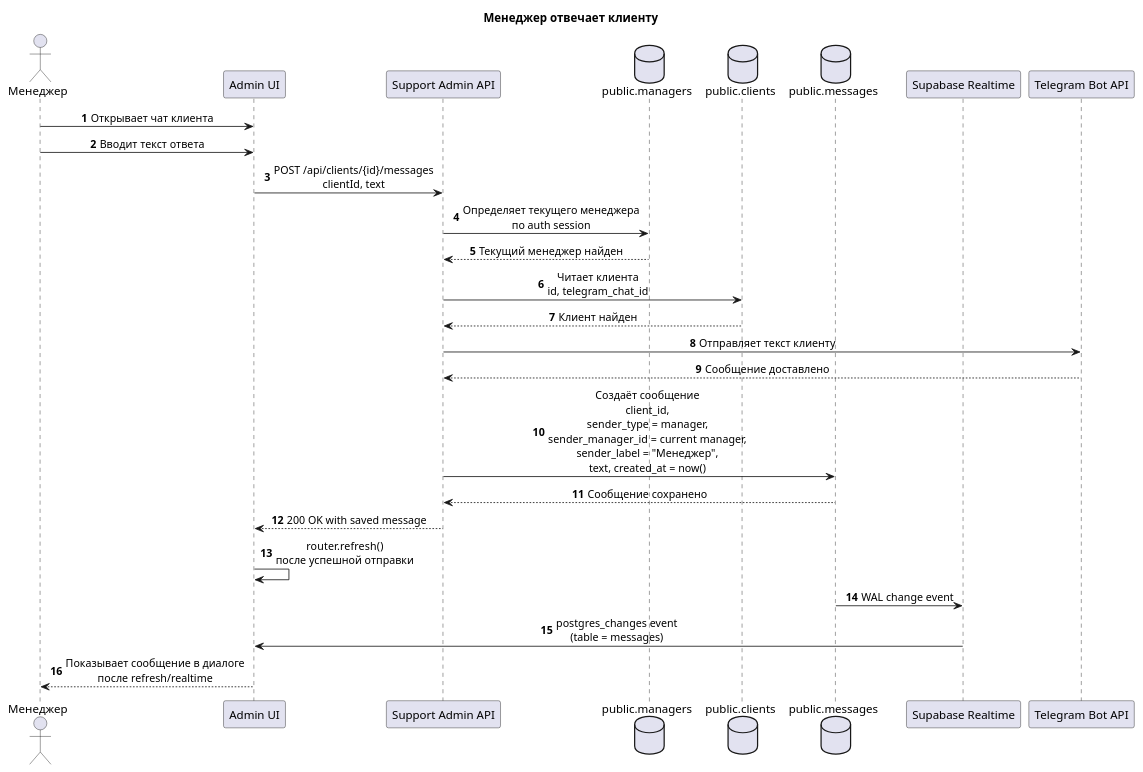
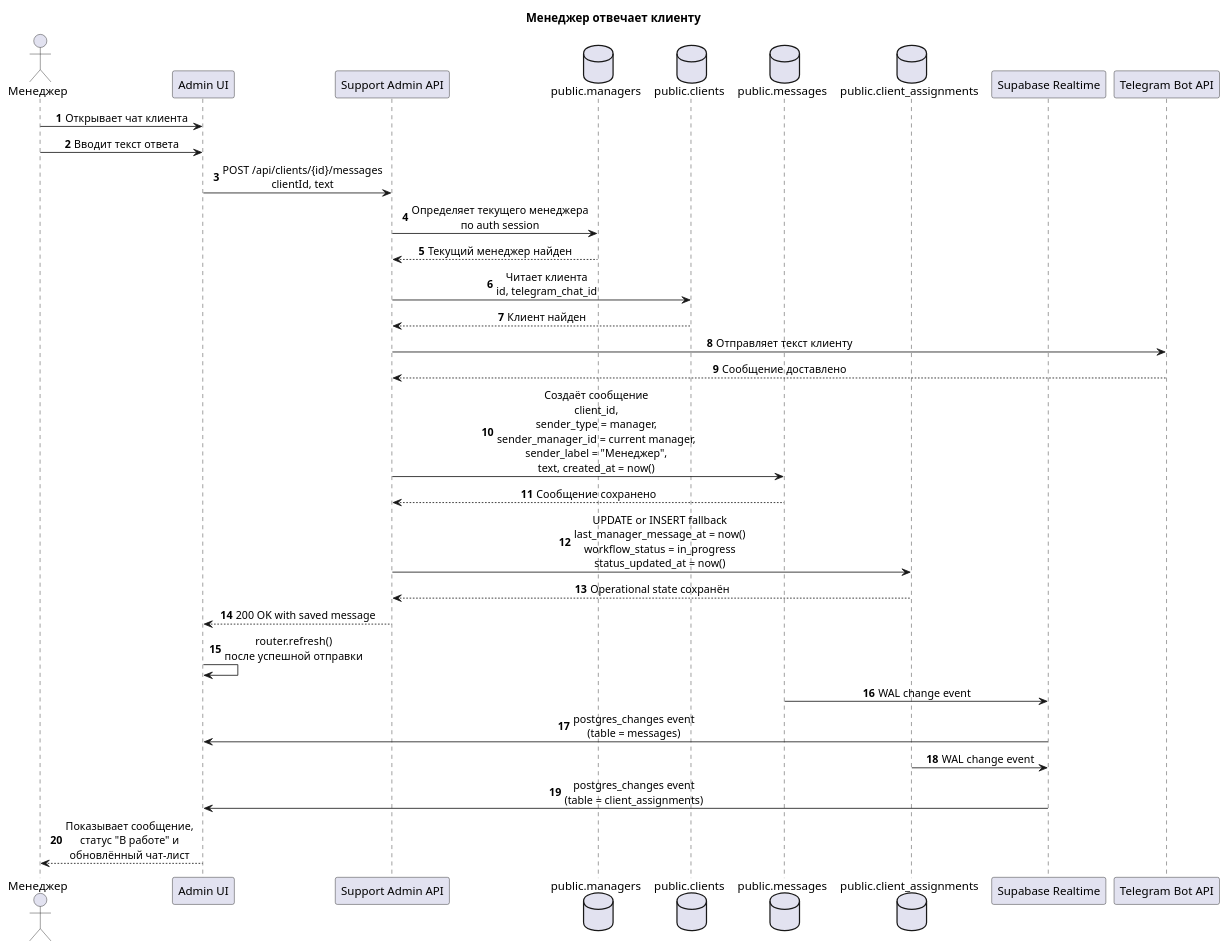
One commit to Ilja-Prihach/Full_Stack_Bot.- changed the diagram in docs/sequence/03-manager-replies-to-client.puml. Above: the diagram before and after it, drawn with PlantUML. The commit also changed 6 other files, not shown here.

Commit message:
Update architecture diagrams for workflow and AI flow

```diff
--- a/docs/sequence/03-manager-replies-to-client.puml
+++ b/docs/sequence/03-manager-replies-to-client.puml
@@ -1,35 +1,40 @@
 @startuml
 title Менеджер отвечает клиенту
 
 autonumber
 skinparam shadowing false
 skinparam sequenceMessageAlign center
 skinparam responseMessageBelowArrow true
 
 actor "Менеджер" as manager
 participant "Admin UI" as ui
 participant "Support Admin API" as api
 database "public.managers" as managers
 database "public.clients" as clients
 database "public.messages" as messages
+database "public.client_assignments" as assignments
 participant "Supabase Realtime" as realtime
 participant "Telegram Bot API" as telegram
 
 manager -> ui : Открывает чат клиента
 manager -> ui : Вводит текст ответа
 ui -> api : POST /api/clients/{id}/messages\nclientId, text
 api -> managers : Определяет текущего менеджера\nпо auth session
 managers --> api : Текущий менеджер найден
 api -> clients : Читает клиента\nid, telegram_chat_id
 clients --> api : Клиент найден
 api -> telegram : Отправляет текст клиенту
 telegram --> api : Сообщение доставлено
 api -> messages : Создаёт сообщение\nclient_id,\nsender_type = manager,\nsender_manager_id = current manager,\nsender_label = "Менеджер",\ntext, created_at = now()
 messages --> api : Сообщение сохранено
+api -> assignments : UPDATE or INSERT fallback\nlast_manager_message_at = now()\nworkflow_status = in_progress\nstatus_updated_at = now()
+assignments --> api : Operational state сохранён
 api --> ui : 200 OK with saved message
 ui -> ui : router.refresh()\nпосле успешной отправки
 messages -> realtime : WAL change event
 realtime -> ui : postgres_changes event\n(table = messages)
-ui --> manager : Показывает сообщение в диалоге\nпосле refresh/realtime
+assignments -> realtime : WAL change event
+realtime -> ui : postgres_changes event\n(table = client_assignments)
+ui --> manager : Показывает сообщение,\nстатус "В работе" и\nобновлённый чат-лист
 
 @enduml
```
